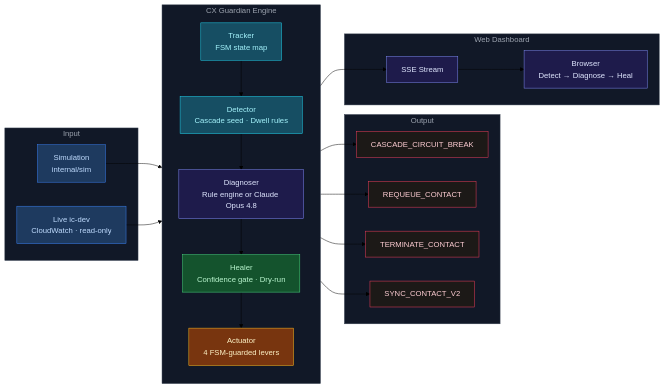
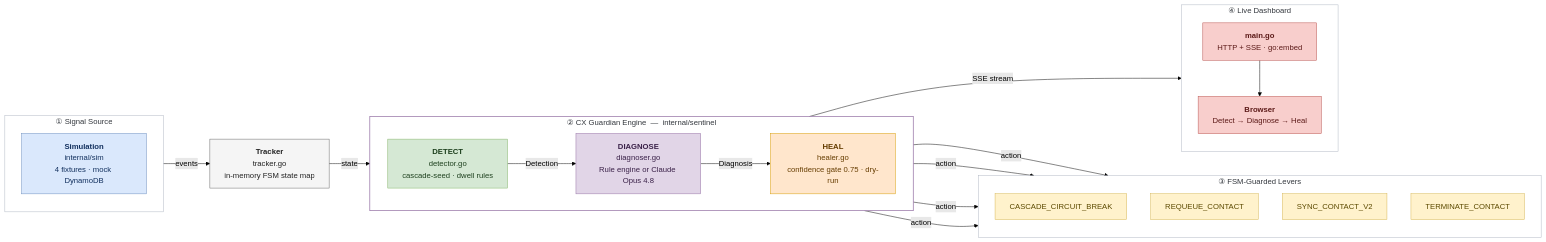
The diagram in README.md (vrushabh-dhone/em-sentinel), drawn with Mermaid (forest theme) before and after one commit. The commit also changed other lines of this file and 2 other files, not shown here.

Commit message:
docs: add draw.io-style architecture diagram as embedded SVG
- Add architecture.svg — a clean draw.io-style flowchart: Signal Source
  -> Tracker -> DETECT / DIAGNOSE / HEAL engine -> FSM-guarded levers,
  streamed live to the dashboard
- Embed the SVG in README so it renders as an image in any Markdown
  preview (VS Code, GitHub); keep the Mermaid source in a collapsible
  <details> block for maintainability
- Add thumbnail.svg

````diff
--- a/README.md
+++ b/README.md
@@ -122,58 +127,58 @@
 ```mermaid
 flowchart LR
-    subgraph IN["Input"]
-        SIM["Simulation\ninternal/sim"]
-        LIVE["Live ic-dev\nCloudWatch · read-only"]
+    subgraph SRC["① Signal Source"]
+        direction TB
+        SIM["<b>Simulation</b><br/>internal/sim<br/>4 fixtures · mock DynamoDB"]
     end
 
-    subgraph CORE["CX Guardian Engine"]
-        direction TB
-        TRACKER["Tracker\nFSM state map"]
-        DETECTOR["Detector\nCascade seed · Dwell rules"]
-        DIAGNOSER["Diagnoser\nRule engine or Claude Opus 4.8"]
-        HEALER["Healer\nConfidence gate · Dry-run"]
-        ACTUATOR["Actuator\n4 FSM-guarded levers"]
+    TRK["<b>Tracker</b><br/>tracker.go<br/>in-memory FSM state map"]
 
-        TRACKER --> DETECTOR --> DIAGNOSER --> HEALER --> ACTUATOR
+    subgraph ENG["② CX Guardian Engine &nbsp;—&nbsp; internal/sentinel"]
+        direction LR
+        DET["<b>DETECT</b><br/>detector.go<br/>cascade-seed · dwell rules"]
+        DIA["<b>DIAGNOSE</b><br/>diagnoser.go<br/>Rule engine or Claude Opus 4.8"]
+        HEAL["<b>HEAL</b><br/>healer.go<br/>confidence gate 0.75 · dry-run"]
+        DET -->|Detection| DIA -->|Diagnosis| HEAL
     end
 
-    subgraph OUT["Output"]
+    subgraph LEV["③ FSM-Guarded Levers"]
+        direction TB
         L1["CASCADE_CIRCUIT_BREAK"]
         L2["REQUEUE_CONTACT"]
-        L3["TERMINATE_CONTACT"]
-        L4["SYNC_CONTACT_V2"]
+        L3["SYNC_CONTACT_V2"]
+        L4["TERMINATE_CONTACT"]
     end
 
-    subgraph UI["Web Dashboard"]
-        SSE["SSE Stream"]
-        BROWSER["Browser\nDetect → Diagnose → Heal"]
+    subgraph UI["④ Live Dashboard"]
+        direction TB
+        SSE["<b>main.go</b><br/>HTTP + SSE · go:embed"]
+        BROWSER["<b>Browser</b><br/>Detect → Diagnose → Heal"]
         SSE --> BROWSER
     end
 
-    SIM --> TRACKER
-    LIVE --> TRACKER
-    ACTUATOR --> L1 & L2 & L3 & L4
-    CORE --> SSE
+    SIM -->|events| TRK
+    TRK -->|state| DET
+    HEAL -->|action| L1 & L2 & L3 & L4
+    ENG -->|SSE stream| SSE
 
-    style IN fill:#111827,stroke:#374151,color:#9ca3af
-    style CORE fill:#111827,stroke:#374151,color:#9ca3af
-    style OUT fill:#111827,stroke:#374151,color:#9ca3af
-    style UI fill:#111827,stroke:#374151,color:#9ca3af
+    classDef src    fill:#dae8fc,stroke:#6c8ebf,stroke-width:1px,color:#12305e;
+    classDef ingest fill:#f5f5f5,stroke:#666666,stroke-width:1px,color:#222222;
+    classDef detect fill:#d5e8d4,stroke:#82b366,stroke-width:1px,color:#1e401e;
+    classDef diag   fill:#e1d5e7,stroke:#9673a6,stroke-width:1px,color:#3a2148;
+    classDef heal   fill:#ffe6cc,stroke:#d79b00,stroke-width:1px,color:#663d00;
+    classDef lever  fill:#fff2cc,stroke:#d6b656,stroke-width:1px,color:#5c4a00;
+    classDef ui     fill:#f8cecc,stroke:#b85450,stroke-width:1px,color:#5c1a18;
 
-    style SIM fill:#1e3a5f,stroke:#3b82f6,color:#bfdbfe
-    style LIVE fill:#1e3a5f,stroke:#3b82f6,color:#bfdbfe
+    class SIM src;
+    class TRK ingest;
+    class DET detect;
+    class DIA diag;
+    class HEAL heal;
+    class L1,L2,L3,L4 lever;
+    class SSE,BROWSER ui;
 
-    style TRACKER fill:#164e63,stroke:#22d3ee,color:#a5f3fc
-    style DETECTOR fill:#164e63,stroke:#22d3ee,color:#a5f3fc
-    style DIAGNOSER fill:#1e1b4b,stroke:#818cf8,color:#e0e7ff
-    style HEALER fill:#14532d,stroke:#4ade80,color:#bbf7d0
-    style ACTUATOR fill:#78350f,stroke:#fbbf24,color:#fef3c7
-
-    style L1 fill:#1c1917,stroke:#f43f5e,color:#fecdd3
-    style L2 fill:#1c1917,stroke:#f43f5e,color:#fecdd3
-    style L3 fill:#1c1917,stroke:#f43f5e,color:#fecdd3
-    style L4 fill:#1c1917,stroke:#f43f5e,color:#fecdd3
-
-    style SSE fill:#1e1b4b,stroke:#818cf8,color:#e0e7ff
-    style BROWSER fill:#1e1b4b,stroke:#818cf8,color:#e0e7ff
+    style SRC fill:#ffffff,stroke:#b0b7c3,stroke-width:1px,color:#33373d;
+    style ENG fill:#ffffff,stroke:#9673a6,stroke-width:1.5px,color:#33373d;
+    style LEV fill:#ffffff,stroke:#b0b7c3,stroke-width:1px,color:#33373d;
+    style UI  fill:#ffffff,stroke:#b0b7c3,stroke-width:1px,color:#33373d;
 ```
````
